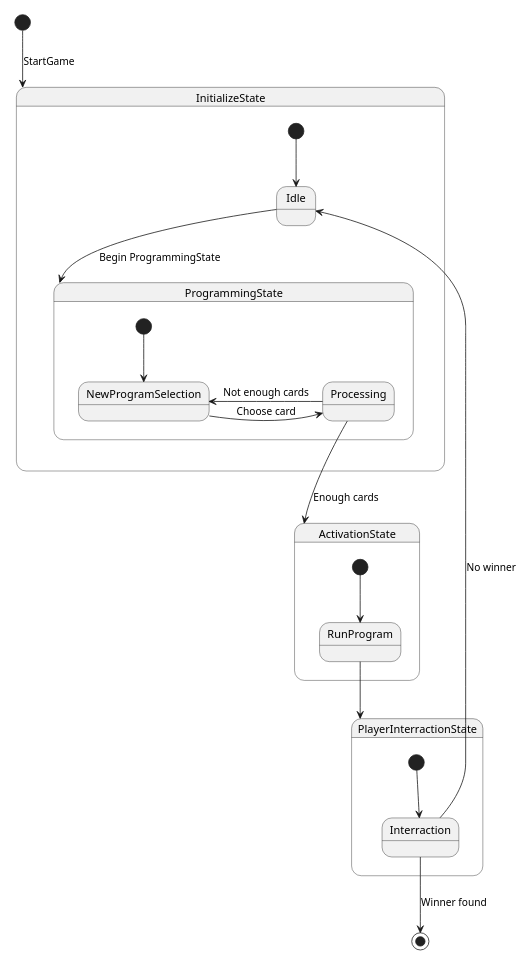
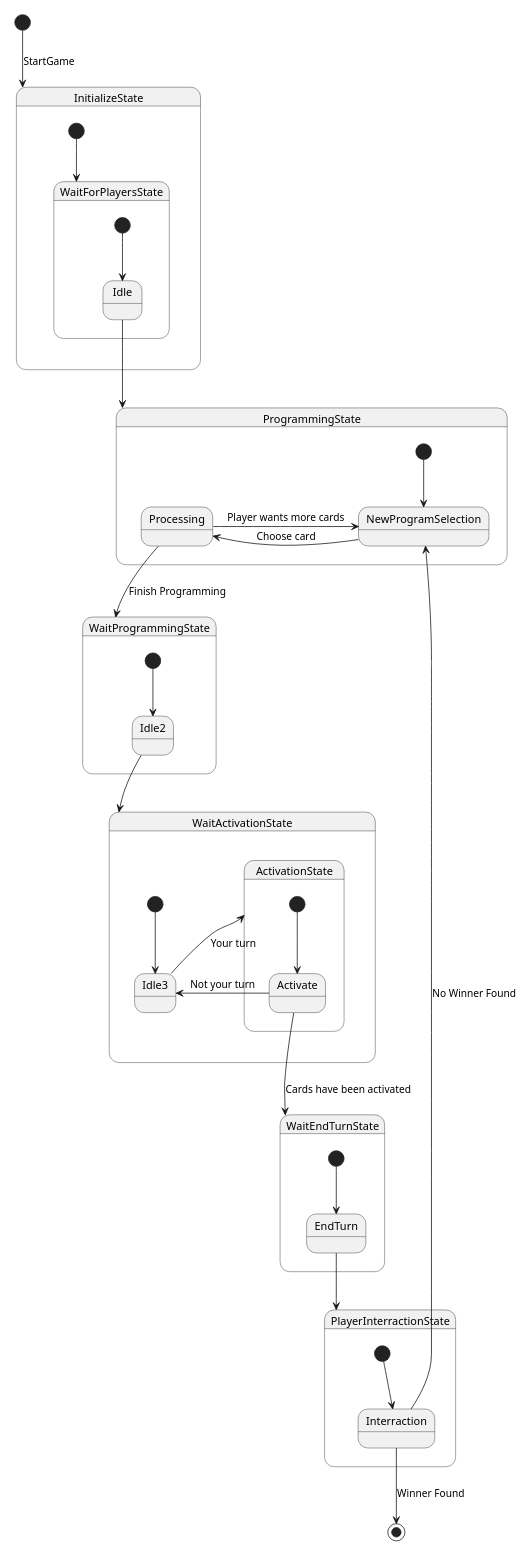
One commit to SiGoldbach/roborally changed the diagram in 02324-f22-master-e1f89f504da192119e73ae0ea99f3085281965a4/RoboRally/roborally-1.1.0-java17/roborally/Models/State.puml. Above: the diagram before and after it, drawn with PlantUML.

Commit message:
State Diagram updated

```diff
--- a/02324-f22-master-e1f89f504da192119e73ae0ea99f3085281965a4/RoboRally/roborally-1.1.0-java17/roborally/Models/State.puml
+++ b/02324-f22-master-e1f89f504da192119e73ae0ea99f3085281965a4/RoboRally/roborally-1.1.0-java17/roborally/Models/State.puml
@@ -1,34 +1,57 @@
 @startuml
 'https://plantuml.com/state-diagram
 
 scale 350 width
 [*] --> InitializeState : StartGame
 
 state InitializeState {
-  [*] --> Idle
-  Idle --> ProgrammingState : Begin ProgrammingState
+  [*] --> WaitForPlayersState
+state WaitForPlayersState{
+[*]--> Idle
 }
+}
+Idle --d> ProgrammingState
+
 
 state ProgrammingState {
   [*] --> NewProgramSelection
   NewProgramSelection --L> Processing : Choose card
-  Processing --L> NewProgramSelection: Not enough cards
+  Processing --L> NewProgramSelection: Player wants more cards
 
 
 }
-Processing --> ActivationState: Enough cards
+Processing --> WaitProgrammingState: Finish Programming
+
+state WaitProgrammingState{
+[*] --> Idle2
+}
+Idle2 --> WaitActivationState
+
+state WaitActivationState{
+[*] --> Idle3
+Idle3 --d> ActivationState:Your turn
+}
 
 state ActivationState{
- [*] --> RunProgram
+[*] --> Activate
+
 }
-RunProgram --d> PlayerInterractionState
+Activate --r> Idle3:Not your turn
+
+Activate --> WaitEndTurnState:Cards have been activated
+
+state WaitEndTurnState{
+[*] --> EndTurn
+}
+
+EndTurn --> PlayerInterractionState
 
 state PlayerInterractionState{
 [*] --> Interraction
+}
+Interraction --u> NewProgramSelection:No Winner Found
+Interraction --> [*]: Winner Found
 
-}
 
-Interraction --u> Idle: No winner
-Interraction --d> [*]: Winner found
 
 @enduml
```
